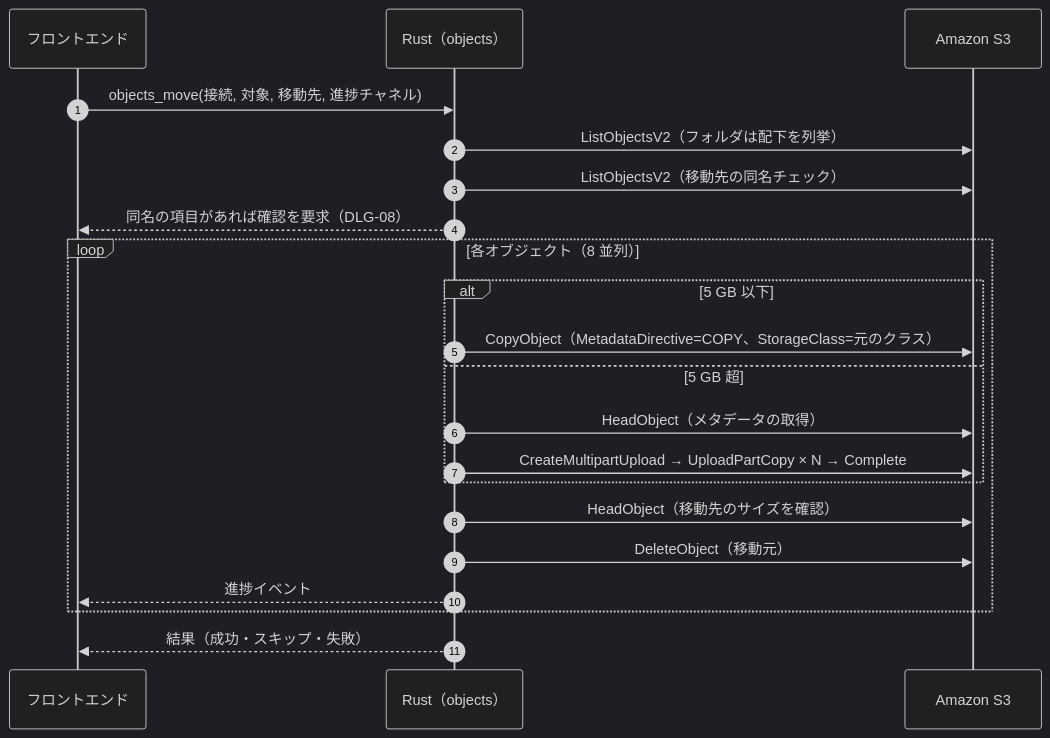
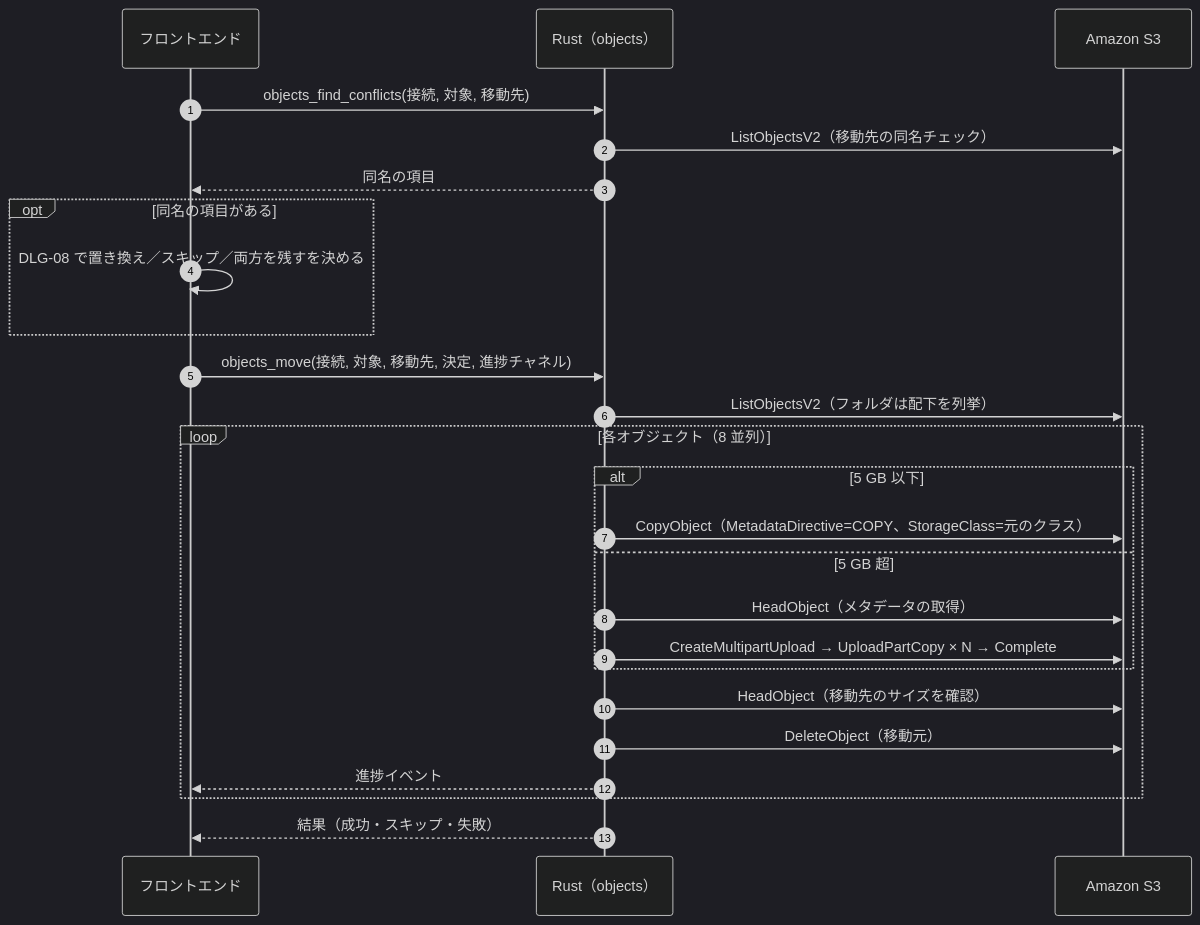
Before and after one commit to Sh1gekicks/s3driveapp: the fourth of 6 diagrams in docs/design/04-features.md, drawn with Mermaid (dark theme). The commit also changed other lines of this file and 11 other files, not shown here.

````diff
--- a/docs/design/04-features.md
+++ b/docs/design/04-features.md
@@ -326,23 +330,27 @@
 ```mermaid
 sequenceDiagram
   autonumber
   participant UI as フロントエンド
   participant RS as Rust（objects）
   participant S3 as Amazon S3
-  UI->>RS: objects_move(接続, 対象, 移動先, 進捗チャネル)
+  UI->>RS: objects_find_conflicts(接続, 対象, 移動先)
+  RS->>S3: ListObjectsV2（移動先の同名チェック）
+  RS-->>UI: 同名の項目
+  opt 同名の項目がある
+    UI->>UI: DLG-08 で置き換え／スキップ／両方を残すを決める
+  end
+  UI->>RS: objects_move(接続, 対象, 移動先, 決定, 進捗チャネル)
   RS->>S3: ListObjectsV2（フォルダは配下を列挙）
-  RS->>S3: ListObjectsV2（移動先の同名チェック）
-  RS-->>UI: 同名の項目があれば確認を要求（DLG-08）
   loop 各オブジェクト（8 並列）
     alt 5 GB 以下
       RS->>S3: CopyObject（MetadataDirective=COPY、StorageClass=元のクラス）
     else 5 GB 超
       RS->>S3: HeadObject（メタデータの取得）
       RS->>S3: CreateMultipartUpload → UploadPartCopy × N → Complete
     end
     RS->>S3: HeadObject（移動先のサイズを確認）
     RS->>S3: DeleteObject（移動元）
     RS-->>UI: 進捗イベント
   end
   RS-->>UI: 結果（成功・スキップ・失敗）
 ```
````
